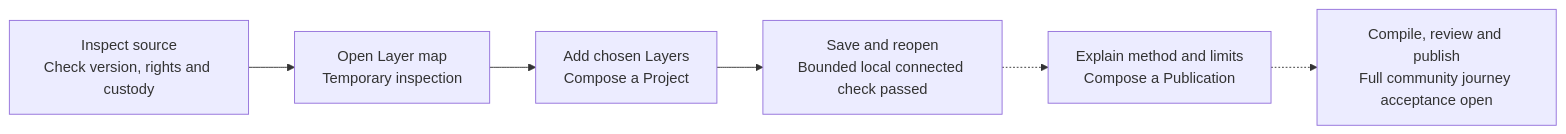
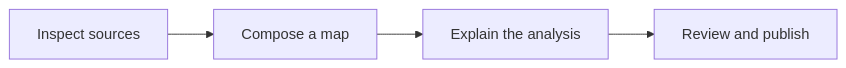
The diagram in docs/community-workflow.md (categori-se/opengeo-community), drawn with Mermaid before and after one commit. The commit also changed other lines of this file and 18 other files, not shown here.

````diff
--- a/docs/community-workflow.md
+++ b/docs/community-workflow.md
@@ -22,8 +13,6 @@
 ```mermaid
 flowchart LR
-    A["Inspect source<br/>Check version, rights and custody"] --> B["Open Layer map<br/>Temporary inspection"]
-    B --> C["Add chosen Layers<br/>Compose a Project"]
-    C --> D["Save and reopen<br/>Bounded local connected check passed"]
-    D -.-> E["Explain method and limits<br/>Compose a Publication"]
-    E -.-> F["Compile, review and publish<br/>Full community journey acceptance open"]
+    A["Inspect sources"] --> B["Compose a map"]
+    B --> C["Explain the analysis"]
+    C --> D["Review and publish"]
 ```
````
